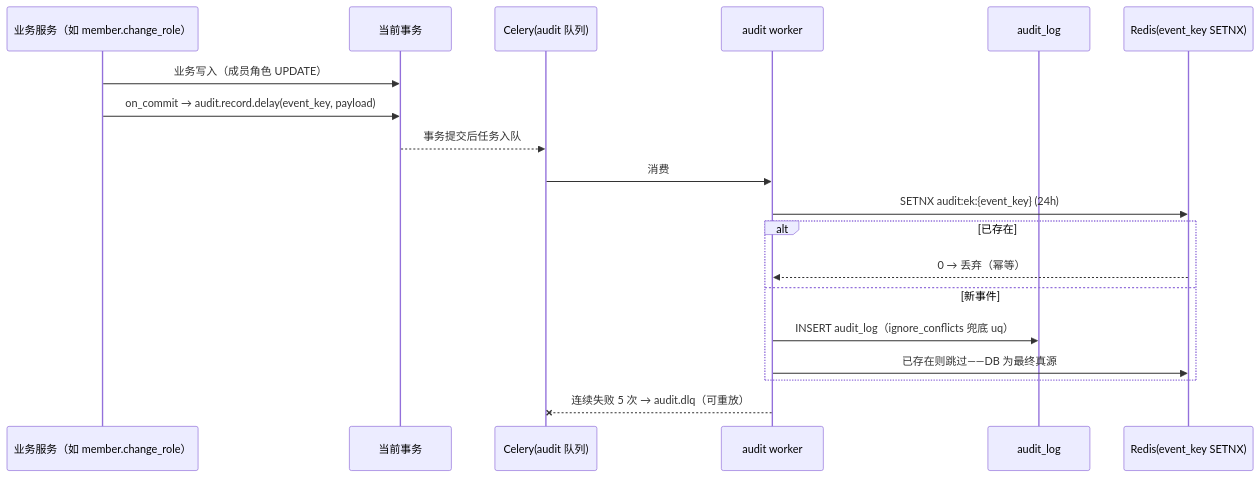
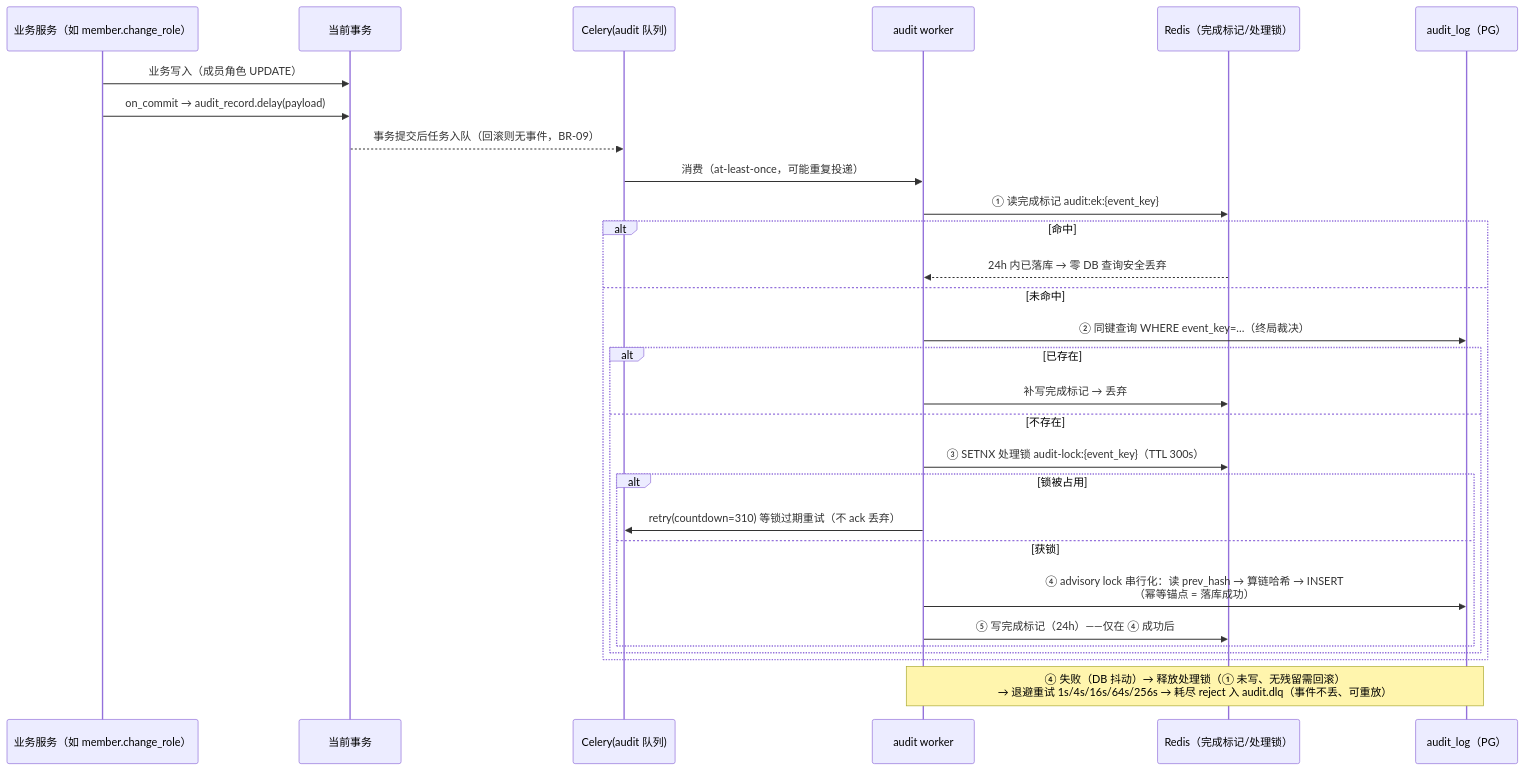
Before and after one commit to RabbitAI-Lab/RabbitProjects: the second of 2 diagrams in docs/sprint-8-enterprise-org/AUTH-010-audit-log-full.md, drawn with Mermaid. The commit also changed other lines of this file and 13 other files, not shown here.

````diff
--- a/docs/sprint-8-enterprise-org/AUTH-010-audit-log-full.md
+++ b/docs/sprint-8-enterprise-org/AUTH-010-audit-log-full.md
@@ -105,22 +111,32 @@
 ```mermaid
 sequenceDiagram
     participant Biz as 业务服务（如 member.change_role）
     participant TX as 当前事务
     participant Q as Celery(audit 队列)
     participant W as audit worker
-    participant DB as audit_log
-    participant R as Redis(event_key SETNX)
+    participant R as Redis（完成标记/处理锁）
+    participant DB as audit_log（PG）
 
     Biz->>TX: 业务写入（成员角色 UPDATE）
-    Biz->>TX: on_commit → audit.record.delay(event_key, payload)
-    TX-->>Q: 事务提交后任务入队
-    Q->>W: 消费
-    W->>R: SETNX audit:ek:{event_key} (24h)
-    alt 已存在
-        R-->>W: 0 → 丢弃（幂等）
-    else 新事件
-        W->>DB: INSERT audit_log（ignore_conflicts 兜底 uq）
-        W->>R: 已存在则跳过——DB 为最终真源
+    Biz->>TX: on_commit → audit_record.delay(payload)
+    TX-->>Q: 事务提交后任务入队（回滚则无事件，BR-09）
+    Q->>W: 消费（at-least-once，可能重复投递）
+    W->>R: ① 读完成标记 audit:ek:{event_key}
+    alt 命中
+        R-->>W: 24h 内已落库 → 零 DB 查询安全丢弃
+    else 未命中
+        W->>DB: ② 同键查询 WHERE event_key=…（终局裁决）
+        alt 已存在
+            W->>R: 补写完成标记 → 丢弃
+        else 不存在
+            W->>R: ③ SETNX 处理锁 audit-lock:{event_key}（TTL 300s）
+            alt 锁被占用
+                W->>Q: retry(countdown=310) 等锁过期重试（不 ack 丢弃）
+            else 获锁
+                W->>DB: ④ advisory lock 串行化：读 prev_hash → 算链哈希 → INSERT<br/>（幂等锚点 = 落库成功）
+                W->>R: ⑤ 写完成标记（24h）——仅在 ④ 成功后
+            end
+        end
     end
-    W--xQ: 连续失败 5 次 → audit.dlq（可重放）
+    Note over W,DB: ④ 失败（DB 抖动）→ 释放处理锁（① 未写、无残留需回滚）<br/>→ 退避重试 1s/4s/16s/64s/256s → 耗尽 reject 入 audit.dlq（事件不丢、可重放）
 ```
````
